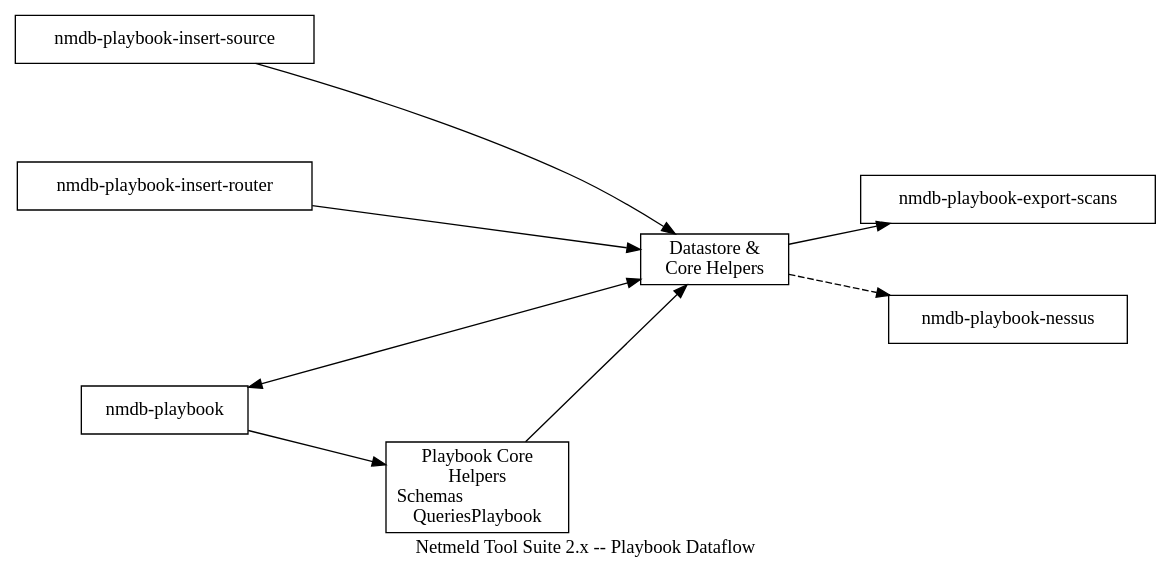
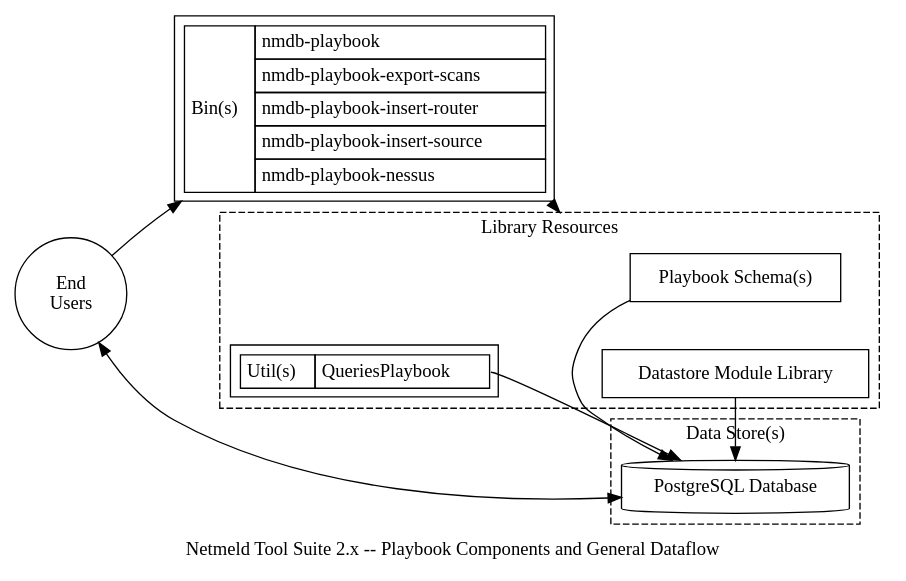
The diagram in playbook/docs/netmeld-playbook.dot (netmeld/netmeld), drawn with Graphviz before and after one commit. The commit also changed 3 other files, not shown here.

Commit message:
updated playbook graphics

```diff
--- a/playbook/docs/netmeld-playbook.dot
+++ b/playbook/docs/netmeld-playbook.dot
@@ -1,30 +1,59 @@
 digraph netmeld {
   rankdir=LR;
-  nodesep=0.75;
-  ranksep=0.75;
+  nodesep=0.5;
+  ranksep=0.5;
   newrank=true;
   splines=spline;
+  compound=true;
+  concentrate=true; // NOTE: this may incorrectly "hide" some lines
 
-  label="Netmeld Tool Suite 2.x -- Playbook Dataflow";
+  label="Netmeld Tool Suite 2.x -- Playbook Components and General Dataflow";
 
+  node[shape="circle"];
+  users [label="End\nUsers"];
 
-  node [shape=rectangle];
-  datastore [label="Datastore \&\nCore Helpers"];
-  //ctd [label="cisco-type7-decode"];
-  nmpbis [label="nmdb-playbook-insert-source"];
-  nmpbir [label="nmdb-playbook-insert-router"];
-  nmpb [label="nmdb-playbook"];
-  pbcore [label="Playbook Core\nHelpers\nSchemas\lQueriesPlaybook"];
-  nmpbes [label="nmdb-playbook-export-scans"];
-  nmpbn [label="nmdb-playbook-nessus"];
+  // find playbook/ -iname "nmdb-*" -printf '%f\n' | sed -e 's/.cpp//g' | sort -u | sed -e 's/\(.*\)/<tr><td align="left">\1<\/td><\/tr>/g'
+  node[shape="rectangle",margin=0.1];
+  bins [label=<
+    <table border="0" cellborder="1" cellspacing="0" cellpadding="4">
+      <tr><td rowspan="6">Bin(s)</td></tr>
+      <tr><td align="left">nmdb-playbook</td></tr>
+      <tr><td align="left">nmdb-playbook-export-scans</td></tr>
+      <tr><td align="left">nmdb-playbook-insert-router</td></tr>
+      <tr><td align="left">nmdb-playbook-insert-source</td></tr>
+      <tr><td align="left">nmdb-playbook-nessus</td></tr>
+    </table>>];
 
-  {rank="same"; nmpbis nmpbir nmpb}
+  // find playbook/common/ -iname "*.hpp" -printf '%f\n' | sed -e 's/.hpp//g' | sort -u | sed -e 's/\(.*\)/<tr><td align="left">\1<\/td><\/tr>/g'
+  subgraph cluster_lib {
+    label="Library Resources";
+    style="dashed";
 
-  nmpb->pbcore;
-  pbcore->datastore;
-  {nmpbir nmpbis}->datastore;
-  nmpb->datastore [dir="both"];
-  datastore->nmpbes;
+    node[shape="rectangle",margin=0.1];
+    utils [label=<
+      <table border="0" cellborder="1" cellspacing="0" cellpadding="4">
+        <tr><td rowspan="2">Util(s)</td></tr>
+        <tr><td align="left" port="queries">QueriesPlaybook</td></tr>
+      </table>>];
 
-  datastore->nmpbn [style="dashed"];
+    schemas [label="Playbook Schema(s)"];
+    datastore_library [label="Datastore Module Library"];
+  }
+
+  subgraph cluster_datastore {
+    label="Data Store(s)";
+    style="dashed";
+
+    node [shape="cylinder"];
+    psqldb [label="PostgreSQL Database"];
+  }
+
+  {rank=same; schemas psqldb datastore_library};
+
+  users->bins;
+  users->psqldb [dir="both"];
+  schemas->psqldb;
+  datastore_library->psqldb;
+  bins->datastore_library [lhead="cluster_lib"];
+  utils:queries->psqldb;
 }
```
